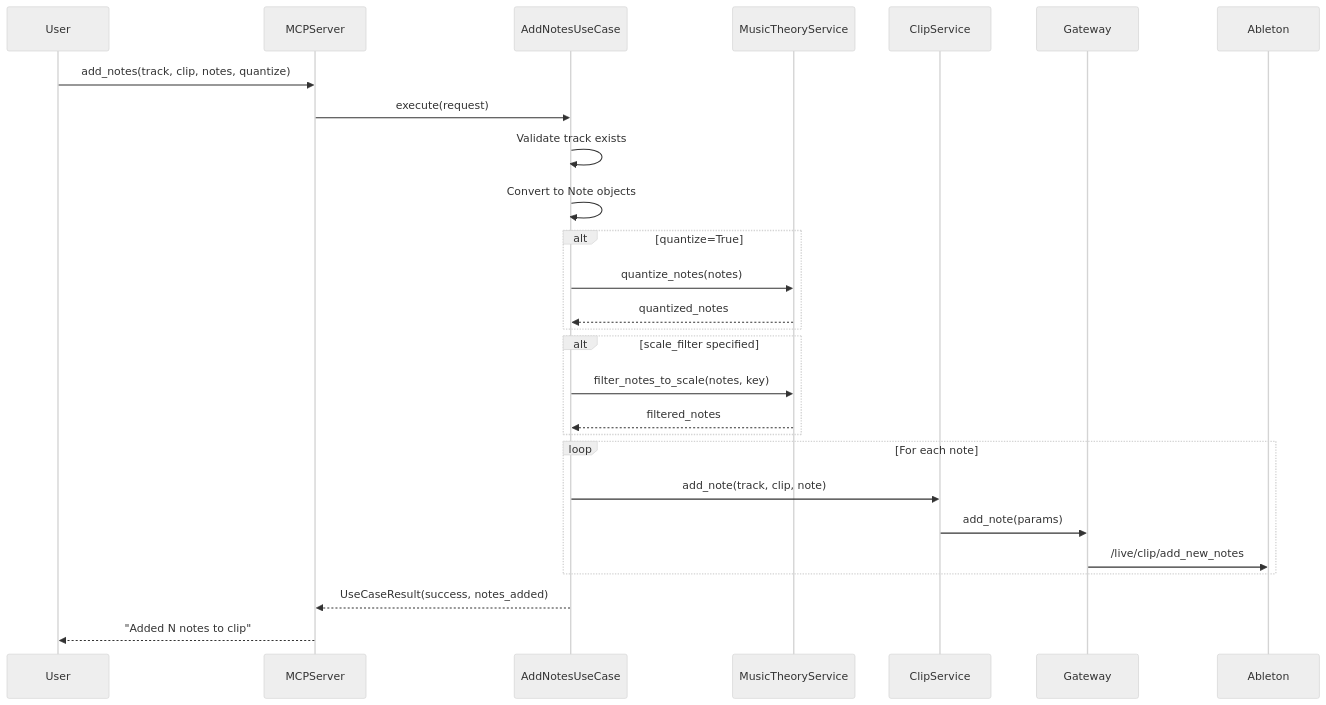
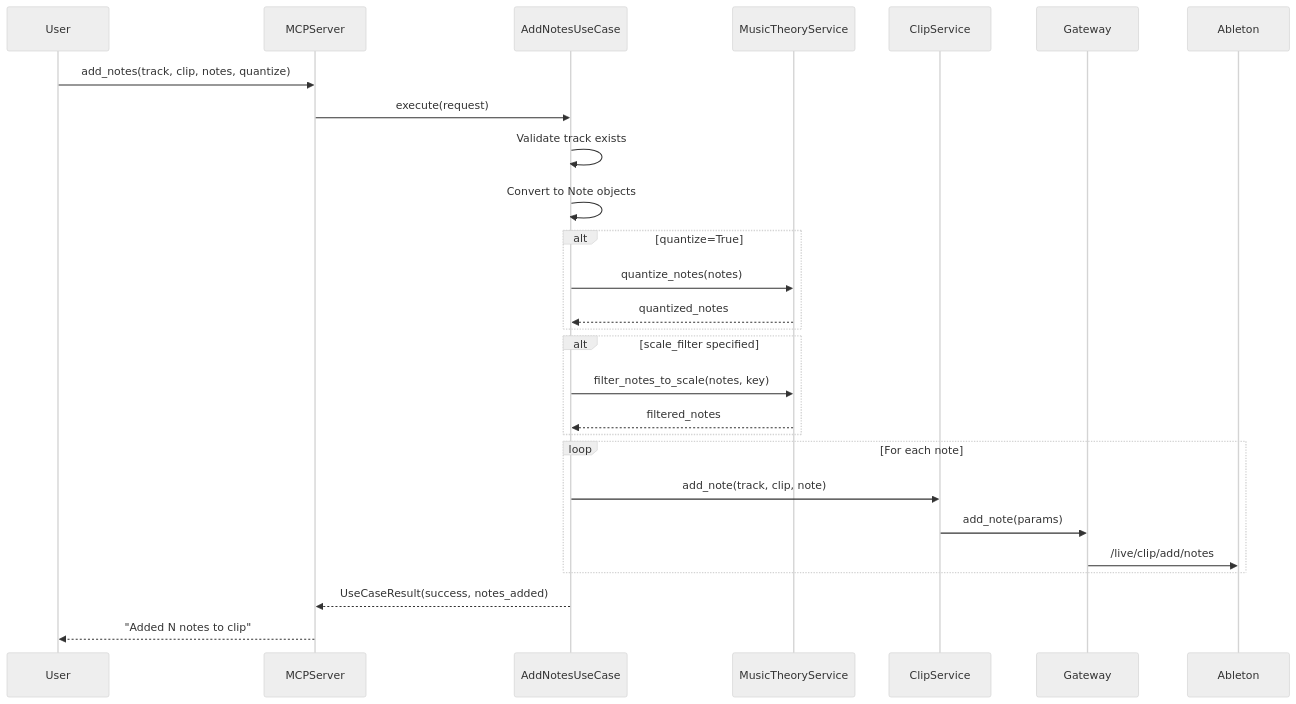
The tenth of 13 diagrams in docs/ARCHITECTURE_AND_DEVELOPMENT_GUIDE.md (josefigueredo/ableton-mcp), drawn with Mermaid (neutral theme) before and after one commit. The commit also changed 37 other files, not shown here.

````diff
--- a/docs/ARCHITECTURE_AND_DEVELOPMENT_GUIDE.md
+++ b/docs/ARCHITECTURE_AND_DEVELOPMENT_GUIDE.md
@@ -443,34 +443,34 @@
 ```mermaid
 sequenceDiagram
     participant User
     participant MCPServer
     participant AddNotesUseCase
     participant MusicTheoryService
     participant ClipService
     participant Gateway
     participant Ableton
 
     User->>MCPServer: add_notes(track, clip, notes, quantize)
     MCPServer->>AddNotesUseCase: execute(request)
     AddNotesUseCase->>AddNotesUseCase: Validate track exists
     AddNotesUseCase->>AddNotesUseCase: Convert to Note objects
 
     alt quantize=True
         AddNotesUseCase->>MusicTheoryService: quantize_notes(notes)
         MusicTheoryService-->>AddNotesUseCase: quantized_notes
     end
 
     alt scale_filter specified
         AddNotesUseCase->>MusicTheoryService: filter_notes_to_scale(notes, key)
         MusicTheoryService-->>AddNotesUseCase: filtered_notes
     end
 
     loop For each note
         AddNotesUseCase->>ClipService: add_note(track, clip, note)
         ClipService->>Gateway: add_note(params)
-        Gateway->>Ableton: /live/clip/add_new_notes
+        Gateway->>Ableton: /live/clip/add/notes
     end
 
     AddNotesUseCase-->>MCPServer: UseCaseResult(success, notes_added)
     MCPServer-->>User: "Added N notes to clip"
 ```
````
